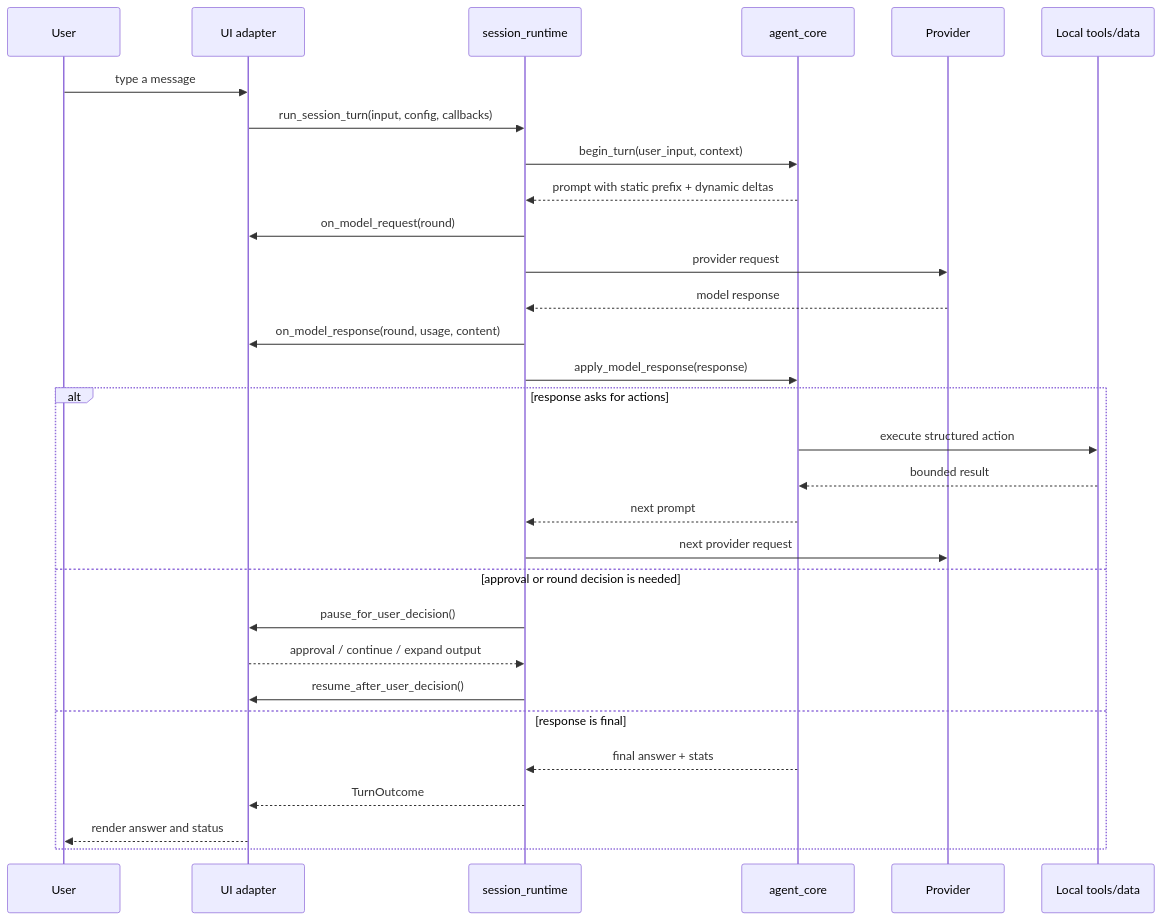
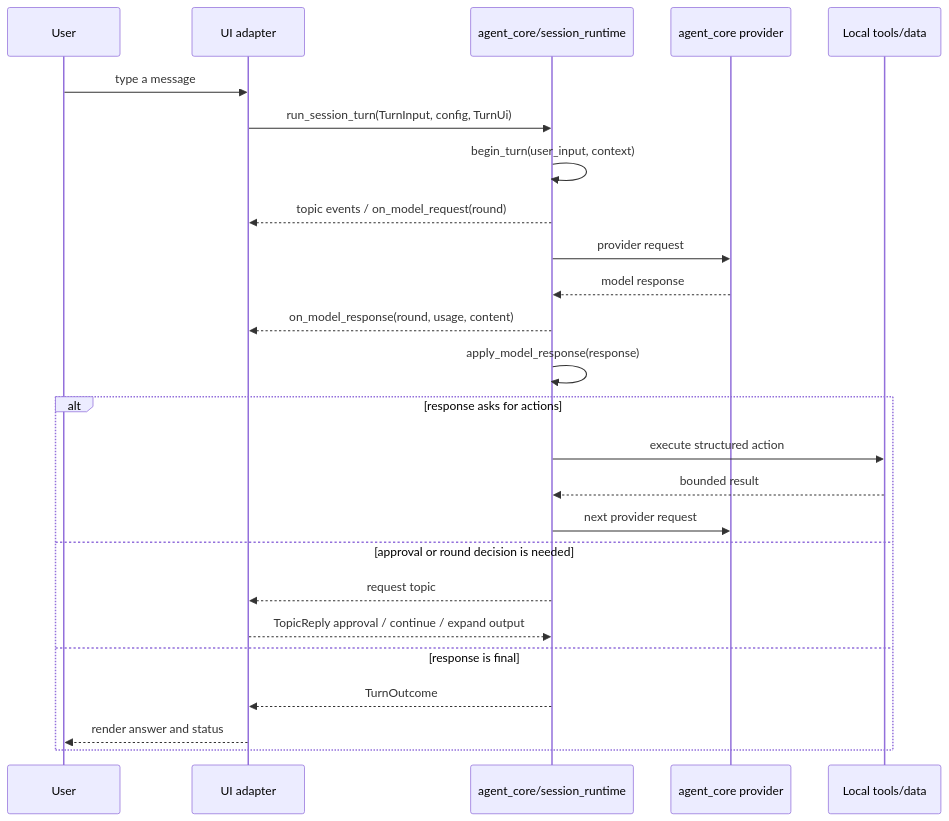
One commit to moliam/TimemAi changed the second of 4 diagrams in docs/architecture.md. Above: the diagram before and after it, drawn with Mermaid. The commit also changed other lines of this file and 11 other files, not shown here.

Commit message:
docs: sync post v0.8 architecture and release gates

````diff
--- a/docs/architecture.md
+++ b/docs/architecture.md
@@ -100,33 +262,28 @@
 ```mermaid
 sequenceDiagram
     participant U as User
     participant UI as UI adapter
-    participant R as session_runtime
-    participant C as agent_core
-    participant P as Provider
+    participant C as agent_core/session_runtime
+    participant P as agent_core provider
     participant T as Local tools/data
 
     U->>UI: type a message
-    UI->>R: run_session_turn(input, config, callbacks)
-    R->>C: begin_turn(user_input, context)
-    C-->>R: prompt with static prefix + dynamic deltas
-    R->>UI: on_model_request(round)
-    R->>P: provider request
-    P-->>R: model response
-    R->>UI: on_model_response(round, usage, content)
-    R->>C: apply_model_response(response)
+    UI->>C: run_session_turn(TurnInput, config, TurnUi)
+    C->>C: begin_turn(user_input, context)
+    C-->>UI: topic events / on_model_request(round)
+    C->>P: provider request
+    P-->>C: model response
+    C-->>UI: on_model_response(round, usage, content)
+    C->>C: apply_model_response(response)
     alt response asks for actions
         C->>T: execute structured action
         T-->>C: bounded result
-        C-->>R: next prompt
-        R->>P: next provider request
+        C->>P: next provider request
     else approval or round decision is needed
-        R->>UI: pause_for_user_decision()
-        UI-->>R: approval / continue / expand output
-        R->>UI: resume_after_user_decision()
+        C-->>UI: request topic
+        UI-->>C: TopicReply approval / continue / expand output
     else response is final
-        C-->>R: final answer + stats
-        R-->>UI: TurnOutcome
+        C-->>UI: TurnOutcome
         UI-->>U: render answer and status
     end
 ```
````
